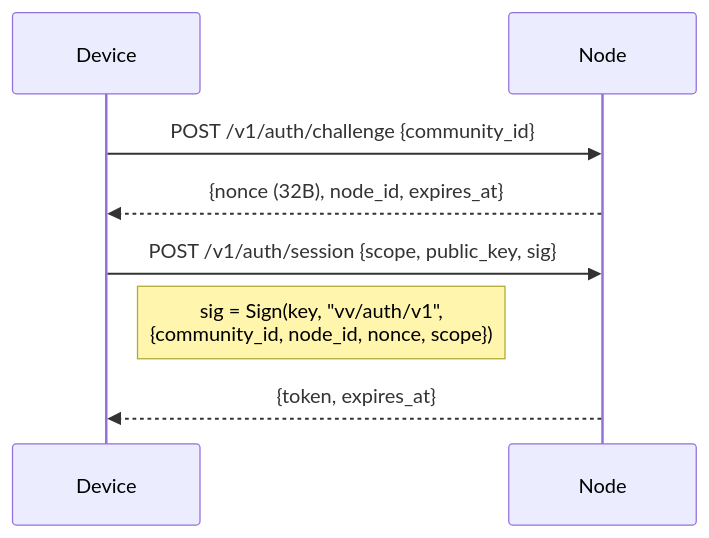
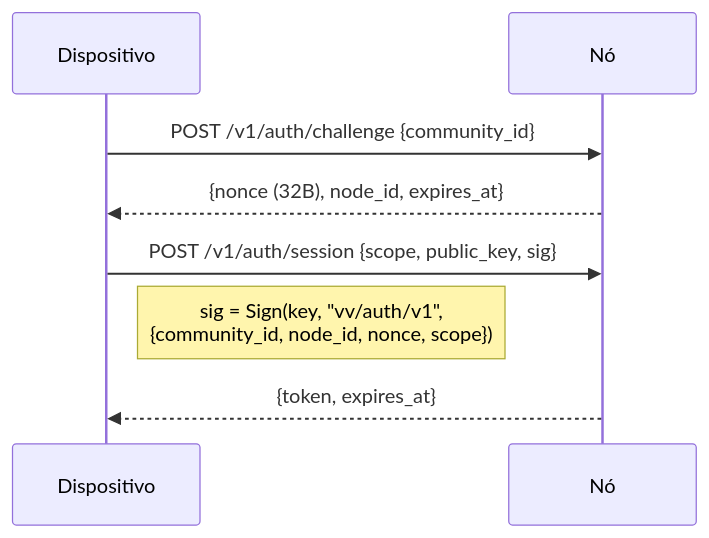
Before and after one commit to hugobessa/vamo-virar: the second of 3 diagrams in docs/protocol.md, drawn with Mermaid. The commit also changed other lines of this file and 30 other files, not shown here.

````diff
--- a/docs/protocol.md
+++ b/docs/protocol.md
@@ -180,10 +189,10 @@
 ```mermaid
 sequenceDiagram
-    participant D as Device
-    participant N as Node
+    participant D as Dispositivo
+    participant N as Nó
     D->>N: POST /v1/auth/challenge {community_id}
     N-->>D: {nonce (32B), node_id, expires_at}
     D->>N: POST /v1/auth/session {scope, public_key, sig}
     Note right of D: sig = Sign(key, "vv/auth/v1",<br/>{community_id, node_id, nonce, scope})
     N-->>D: {token, expires_at}
 ```
````
